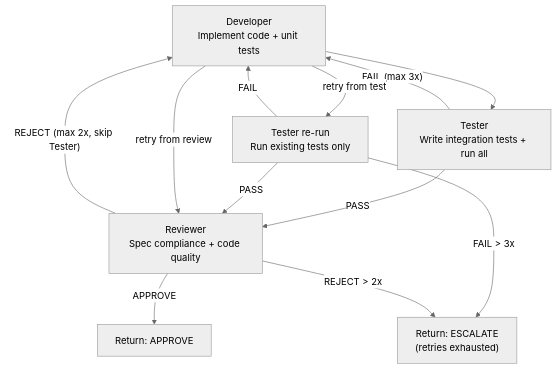
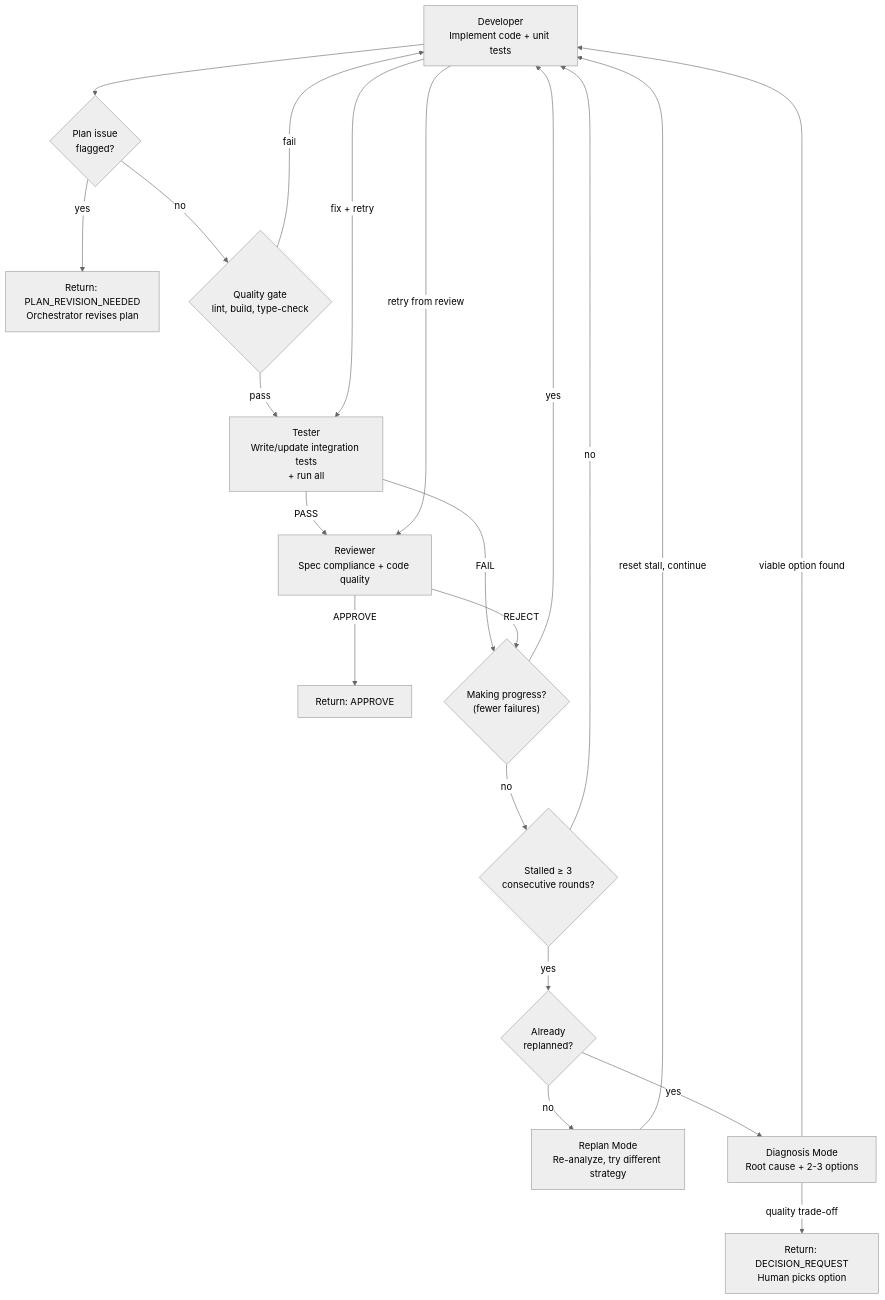
Before and after one commit to wangzw/cofounder: the second of 2 diagrams in .claude/skills/autoforge/SKILL.md, drawn with Mermaid (neutral theme). The commit also changed other lines of this file and 15 other files, not shown here.

````diff
--- a/.claude/skills/autoforge/SKILL.md
+++ b/.claude/skills/autoforge/SKILL.md
@@ -142,21 +252,37 @@
 ```mermaid
 flowchart TD
   dev["Developer\nImplement code + unit tests"]
-  test["Tester\nWrite integration tests + run all"]
-  retest["Tester re-run\nRun existing tests only"]
+  test["Tester\nWrite/update integration tests\n+ run all"]
   review["Reviewer\nSpec compliance + code quality"]
   done["Return: APPROVE"]
-  escalate["Return: ESCALATE\n(retries exhausted)"]
+  plancheck{"Plan issue\nflagged?"}
+  planrev["Return: PLAN_REVISION_NEEDED\nOrchestrator revises plan"]
+  progress{"Making progress?\n(fewer failures)"}
+  stall{"Stalled ≥ 3\nconsecutive rounds?"}
+  replanned{"Already\nreplanned?"}
+  replan["Replan Mode\nRe-analyze, try different strategy"]
+  diagnose["Diagnosis Mode\nRoot cause + 2-3 options"]
+  decision["Return: DECISION_REQUEST\nHuman picks option"]
 
-  dev --> test
-  test -- "FAIL (max 3x)" --> dev
-  dev -- "retry from test" --> retest
-  retest -- FAIL --> dev
-  retest -- "FAIL > 3x" --> escalate
+  dev --> plancheck
+  plancheck -- no --> qgate
+  qgate{"Quality gate\nlint, build, type-check"}
+  qgate -- pass --> test
+  qgate -- fail --> dev
+  plancheck -- yes --> planrev
+  test -- FAIL --> progress
+  progress -- yes --> dev
+  dev -- "fix + retry" --> test
+  progress -- no --> stall
+  stall -- no --> dev
+  stall -- yes --> replanned
+  replanned -- no --> replan
+  replan -- "reset stall, continue" --> dev
+  replanned -- yes --> diagnose
+  diagnose -- "quality trade-off" --> decision
+  diagnose -- "viable option found" --> dev
   test -- PASS --> review
-  retest -- PASS --> review
-  review -- "REJECT (max 2x, skip Tester)" --> dev
+  review -- REJECT --> progress
   dev -- "retry from review" --> review
   review -- APPROVE --> done
-  review -- "REJECT > 2x" --> escalate
 ```
````
